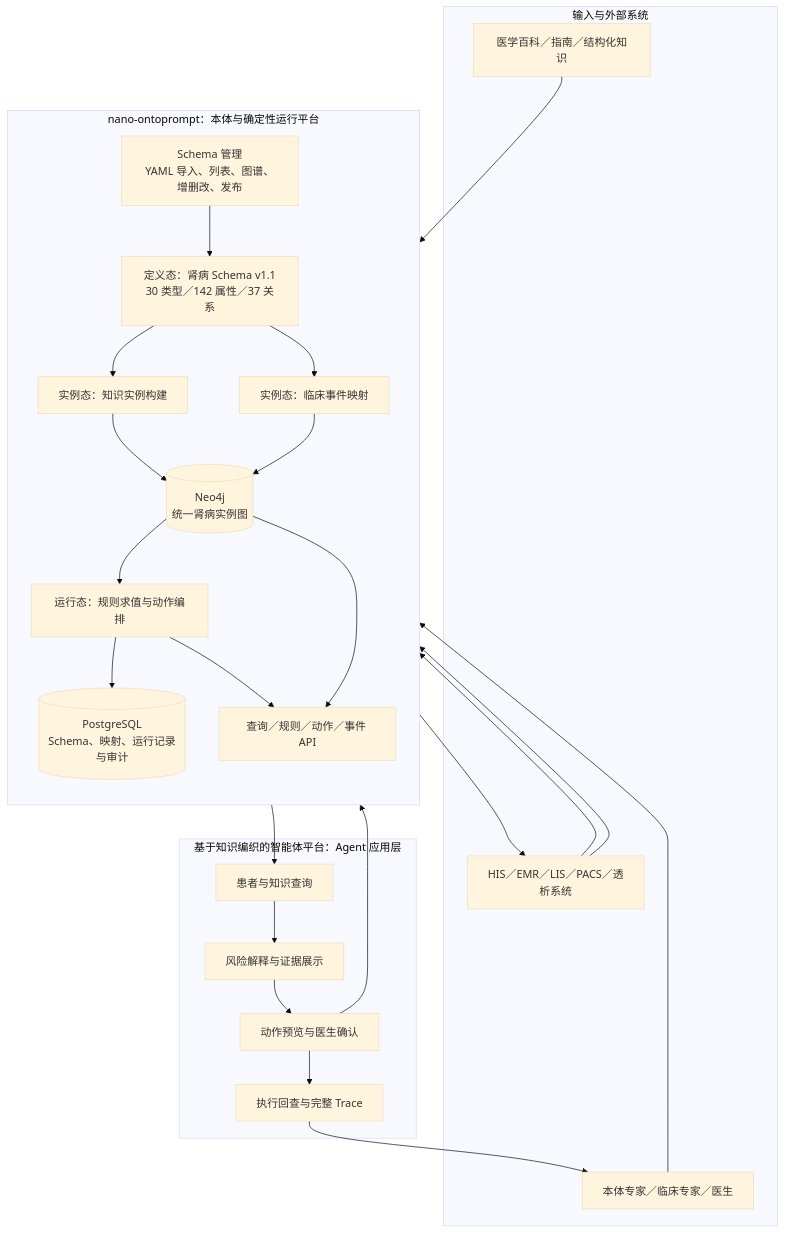
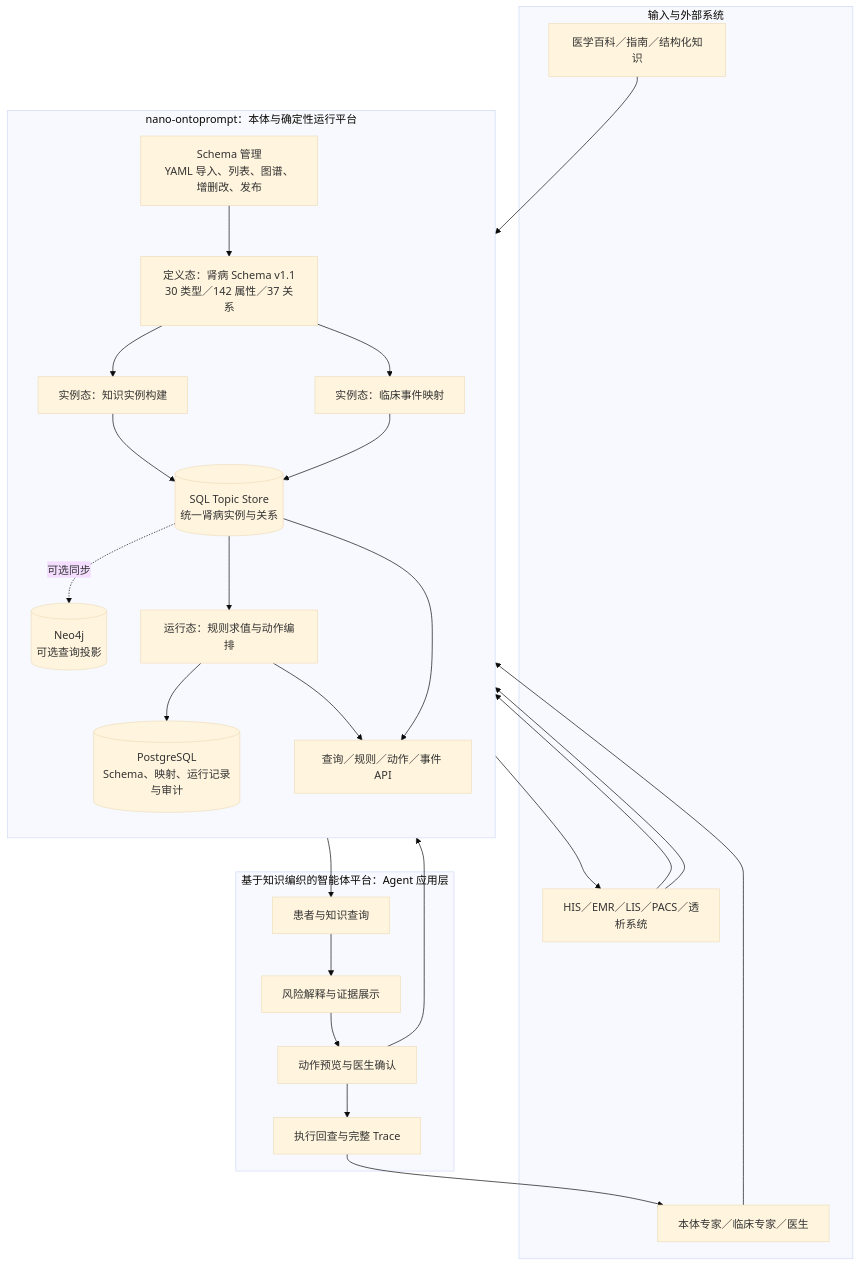
Before and after one commit to liutianyuan/ontopilot: the first of 5 diagrams in Agent.md, drawn with Mermaid (base theme). The commit also changed other lines of this file and 55 other files, not shown here.

````diff
--- a/Agent.md
+++ b/Agent.md
@@ -168,47 +197,49 @@
 ```mermaid
 flowchart TB
     subgraph Inputs["输入与外部系统"]
         K1["医学百科／指南／结构化知识"]
         H1["HIS／EMR／LIS／PACS／透析系统"]
         U1["本体专家／临床专家／医生"]
     end
 
     subgraph Nano["nano-ontoprompt：本体与确定性运行平台"]
         direction TB
         S1["定义态：肾病 Schema v1.1<br/>30 类型／142 属性／37 关系"]
         S2["Schema 管理<br/>YAML 导入、列表、图谱、增删改、发布"]
         I1["实例态：知识实例构建"]
         I2["实例态：临床事件映射"]
-        G1[("Neo4j<br/>统一肾病实例图")]
+        G1[("SQL Topic Store<br/>统一肾病实例与关系")]
+        G2[("Neo4j<br/>可选查询投影")]
         R1["运行态：规则求值与动作编排"]
         P1[("PostgreSQL<br/>Schema、映射、运行记录与审计")]
         A1["查询／规则／动作／事件 API"]
 
         S2 --> S1
         S1 --> I1
         S1 --> I2
         I1 --> G1
         I2 --> G1
+        G1 -.可选同步.-> G2
         G1 --> R1
         R1 --> P1
         G1 --> A1
         R1 --> A1
     end
 
     subgraph Pilot["基于知识编织的智能体平台：Agent 应用层"]
         O1["患者与知识查询"]
         O2["风险解释与证据展示"]
         O3["动作预览与医生确认"]
         O4["执行回查与完整 Trace"]
         O1 --> O2 --> O3 --> O4
     end
 
     K1 --> I1
     H1 --> I2
     U1 --> S2
     A1 --> O1
     O3 --> A1
     R1 --> H1
     H1 --> I2
     O4 --> U1
 ```
````
